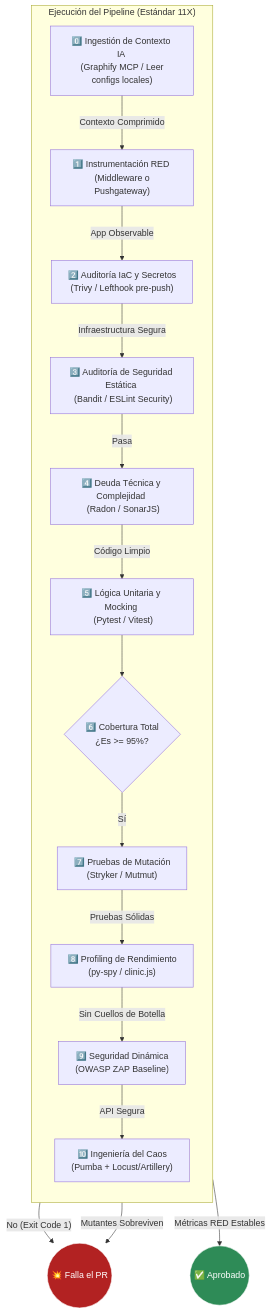
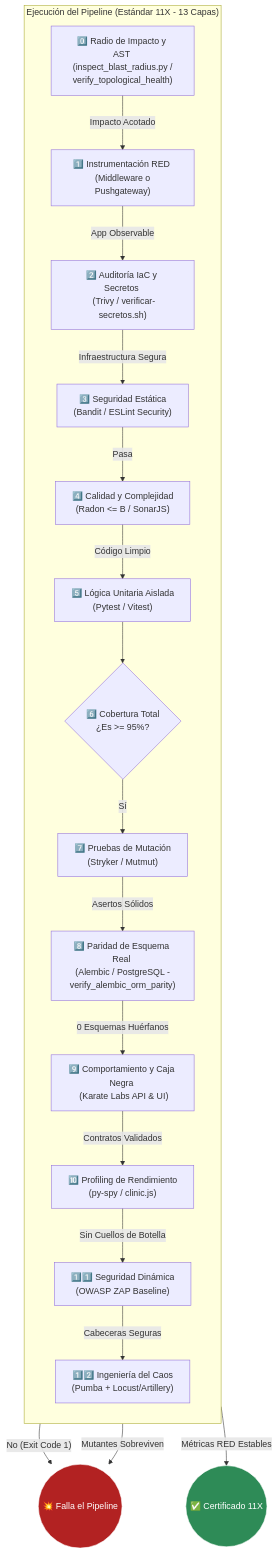
Before and after one commit to tecno-consultores/qa-testing-blueprints: the third of 3 diagrams in docs/ARCHITECTURE_C4.md, drawn with Mermaid. The commit also changed other lines of this file and 54 other files, not shown here.

````diff
--- a/docs/ARCHITECTURE_C4.md
+++ b/docs/ARCHITECTURE_C4.md
@@ -86,38 +94,42 @@
 ```mermaid
 graph TD
-    subgraph "Ejecución del Pipeline (Estándar 11X)"
+    subgraph "Ejecución del Pipeline (Estándar 11X - 13 Capas)"
         direction TB
         
-        Graph["0️⃣ Ingestión de Contexto IA \n (Graphify MCP / Leer configs locales)"]
+        Blast["0️⃣ Radio de Impacto y AST \n (inspect_blast_radius.py / verify_topological_health)"]
         Obs["1️⃣ Instrumentación RED \n (Middleware o Pushgateway)"]
-        IaC["2️⃣ Auditoría IaC y Secretos \n (Trivy / Lefthook pre-push)"]
-        SAST["3️⃣ Auditoría de Seguridad Estática \n (Bandit / ESLint Security)"]
-        Static["4️⃣ Deuda Técnica y Complejidad \n (Radon / SonarJS)"]
-        Unit["5️⃣ Lógica Unitaria y Mocking \n (Pytest / Vitest)"]
+        IaC["2️⃣ Auditoría IaC y Secretos \n (Trivy / verificar-secretos.sh)"]
+        SAST["3️⃣ Seguridad Estática \n (Bandit / ESLint Security)"]
+        Static["4️⃣ Calidad y Complejidad \n (Radon <= B / SonarJS)"]
+        Unit["5️⃣ Lógica Unitaria Aislada \n (Pytest / Vitest)"]
         Coverage{"6️⃣ Cobertura Total \n ¿Es >= 95%?"}
         Mutation["7️⃣ Pruebas de Mutación \n (Stryker / Mutmut)"]
-        Performance["8️⃣ Profiling de Rendimiento \n (py-spy / clinic.js)"]
-        DAST["9️⃣ Seguridad Dinámica \n (OWASP ZAP Baseline)"]
-        Chaos["🔟 Ingeniería del Caos \n (Pumba + Locust/Artillery)"]
+        Parity["8️⃣ Paridad de Esquema Real \n (Alembic / PostgreSQL - verify_alembic_orm_parity)"]
+        BDD["9️⃣ Comportamiento y Caja Negra \n (Karate Labs API & UI)"]
+        Performance["🔟 Profiling de Rendimiento \n (py-spy / clinic.js)"]
+        DAST["1️⃣1️⃣ Seguridad Dinámica \n (OWASP ZAP Baseline)"]
+        Chaos["1️⃣2️⃣ Ingeniería del Caos \n (Pumba + Locust/Artillery)"]
     end
 
     %% Enlaces lógicos
-    Graph -- "Contexto Comprimido" --> Obs
+    Blast -- "Impacto Acotado" --> Obs
     Obs -- "App Observable" --> IaC
     IaC -- "Infraestructura Segura" --> SAST
     SAST -- "Pasa" --> Static
     Static -- "Código Limpio" --> Unit
     Unit --> Coverage
     Coverage -- "Sí" --> Mutation
-    Coverage -- "No (Exit Code 1)" --> FallaPipeline(("💥 Falla el PR"))
+    Coverage -- "No (Exit Code 1)" --> FallaPipeline(("💥 Falla el Pipeline"))
     Mutation -- "Mutantes Sobreviven" --> FallaPipeline
-    Mutation -- "Pruebas Sólidas" --> Performance
+    Mutation -- "Asertos Sólidos" --> Parity
+    Parity -- "0 Esquemas Huérfanos" --> BDD
+    BDD -- "Contratos Validados" --> Performance
     Performance -- "Sin Cuellos de Botella" --> DAST
-    DAST -- "API Segura" --> Chaos
-    Chaos -- "Métricas RED Estables" --> Exito(("✅ Aprobado"))
+    DAST -- "Cabeceras Seguras" --> Chaos
+    Chaos -- "Métricas RED Estables" --> Exito(("✅ Certificado 11X"))
 
     classDef pass fill:#2e8b57,stroke:#fff,color:#fff;
     classDef fail fill:#b22222,stroke:#fff,color:#fff;
     class Exito pass;
     class FallaPipeline fail;
 ```
````
